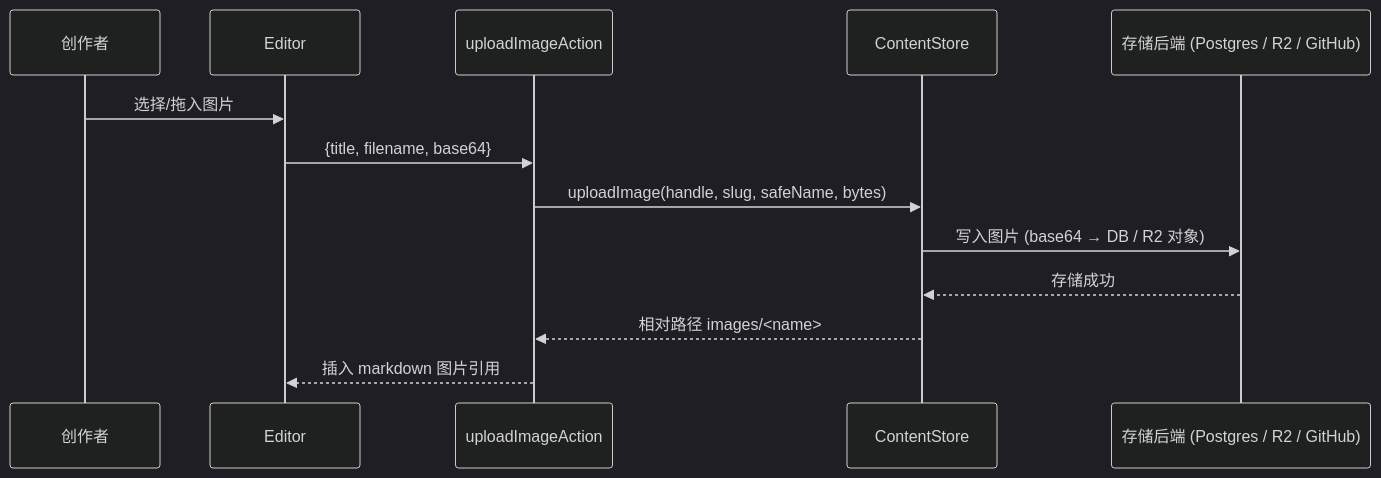
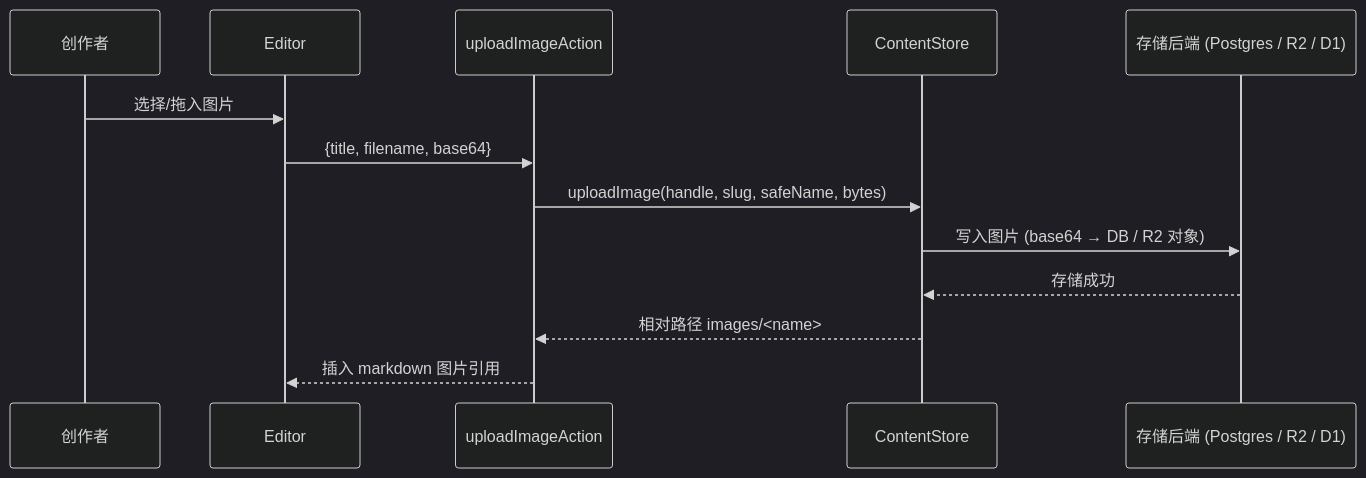
Before and after one commit to fuyucn/sumi: the seventh of 12 diagrams in docs/ARCHITECTURE.md, drawn with Mermaid (dark theme). The commit also changed other lines of this file and 167 other files, not shown here.

Commit message:
docs: sumi architecture article with generated diagrams, published via remote MCP

````diff
--- a/docs/ARCHITECTURE.md
+++ b/docs/ARCHITECTURE.md
@@ -317,16 +290,16 @@
 ```mermaid
 sequenceDiagram
     participant W as 创作者
     participant E as Editor
     participant A as uploadImageAction
     participant CS as ContentStore
-    participant S as 存储后端 (Postgres / R2 / GitHub)
+    participant S as 存储后端 (Postgres / R2 / D1)
 
     W->>E: 选择/拖入图片
     E->>A: {title, filename, base64}
     A->>CS: uploadImage(handle, slug, safeName, bytes)
     CS->>S: 写入图片 (base64 → DB / R2 对象)
     S-->>CS: 存储成功
     CS-->>A: 相对路径 images/<name>
     A-->>E: 插入 markdown 图片引用
 ```
````
